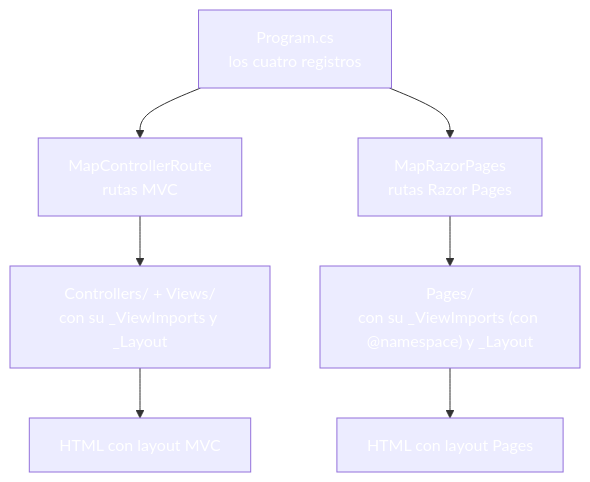
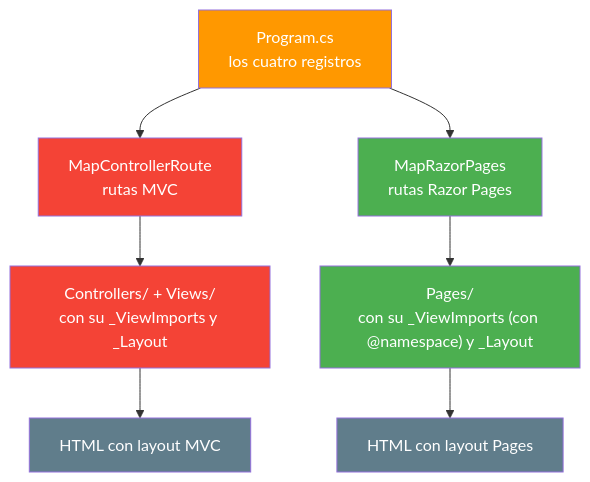
Before and after one commit to joseluisgs/DesarrolloWebEntornosServidor-03-2026-2027: the third of 4 diagrams in 12-mvc-vs-razorpages.md, drawn with Mermaid. The commit also changed other lines of this file and 25 other files, not shown here.

Commit message:
docs: corregir los estilos Mermaid de los temas y alinear el dominio del tema 25 con ProductosApp

````diff
--- a/12-mvc-vs-razorpages.md
+++ b/12-mvc-vs-razorpages.md
@@ -138,16 +138,16 @@
 ```mermaid
 graph TD
     A["Program.cs<br/>los cuatro registros"] --> B["MapControllerRoute<br/>rutas MVC"]
     A --> C["MapRazorPages<br/>rutas Razor Pages"]
     B --> D["Controllers/ + Views/<br/>con su _ViewImports y _Layout"]
     C --> E["Pages/<br/>con su _ViewImports (con @namespace) y _Layout"]
     D --> F["HTML con layout MVC"]
     E --> G["HTML con layout Pages"]
-    style A fill:#FF980,color:#fff0,color:#fff
-    style B fill:#f4433,color:#fff6,color:#fff
-    style C fill:#4CAF5,color:#fff0,color:#fff
-    style D fill:#f4433,color:#fff6,color:#fff
-    style E fill:#4CAF5,color:#fff0,color:#fff
-    style F fill:#607D8,color:#fffB,color:#fff
-    style G fill:#607D8,color:#fffB,color:#fff
+    style A fill:#FF9800,color:#fff
+    style B fill:#f44336,color:#fff
+    style C fill:#4CAF50,color:#fff
+    style D fill:#f44336,color:#fff
+    style E fill:#4CAF50,color:#fff
+    style F fill:#607D8B,color:#fff
+    style G fill:#607D8B,color:#fff
 ```
````
